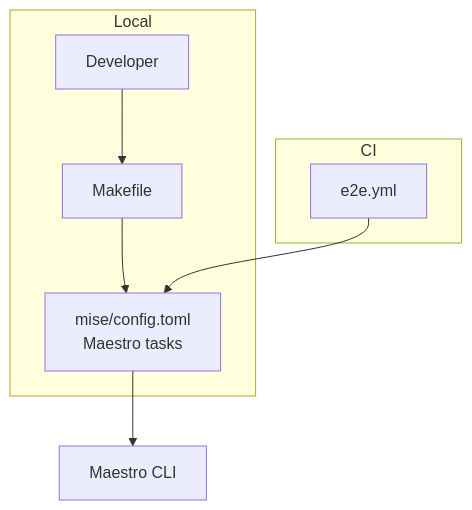
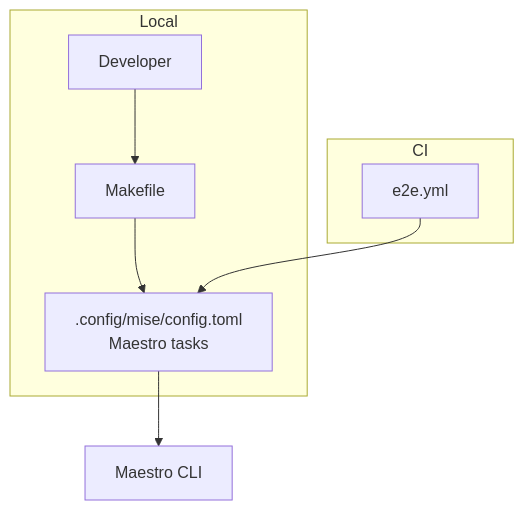
Before and after one commit to gkzz/maestro-playground: the second of 6 diagrams in docs/ARCHITECTURE.md, drawn with Mermaid. The commit also changed other lines of this file and 8 other files, not shown here.

First line of the commit message:
chore: move mise config under .config (#17)

````diff
--- a/docs/ARCHITECTURE.md
+++ b/docs/ARCHITECTURE.md
@@ -53,18 +53,18 @@
 ```mermaid
 flowchart TB
-  mise[mise/config.toml<br/>Maestro tasks]
+  mise[.config/mise/config.toml<br/>Maestro tasks]
 
   subgraph Local
     developer[Developer]
     make[Makefile]
 
     developer --> make --> mise
   end
 
   subgraph CI
     workflow[e2e.yml]
     workflow --> mise
   end
 
   mise --> maestro[Maestro CLI]
 ```
````
